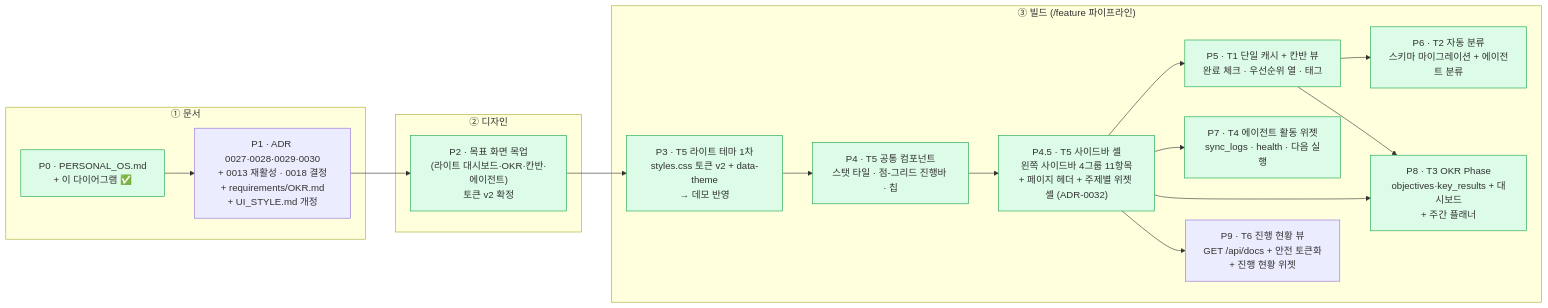
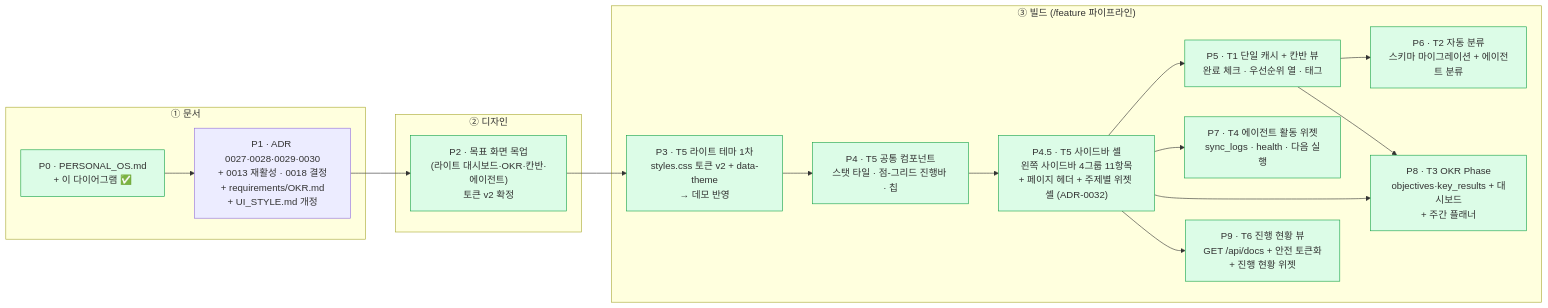
One commit to gamercross/my-setup-proj changed the diagram in docs/progress/PROGRESS.md. Above: the diagram before and after it, drawn with Mermaid. The commit also changed other lines of this file and 33 other files, not shown here.

````diff
--- a/docs/progress/PROGRESS.md
+++ b/docs/progress/PROGRESS.md
@@ -304,37 +304,38 @@
 ```mermaid
 flowchart LR
   subgraph DOC["① 문서"]
     P0["P0 · PERSONAL_OS.md<br/>+ 이 다이어그램 ✅"]
     P1["P1 · ADR 0027·0028·0029·0030<br/>+ 0013 재활성 · 0018 결정<br/>+ requirements/OKR.md<br/>+ UI_STYLE.md 개정"]
   end
   subgraph DES["② 디자인"]
     P2["P2 · 목표 화면 목업<br/>(라이트 대시보드·OKR·칸반·에이전트)<br/>토큰 v2 확정"]
   end
   subgraph BUILD["③ 빌드 (/feature 파이프라인)"]
     P3["P3 · T5 라이트 테마 1차<br/>styles.css 토큰 v2 + data-theme<br/>→ 데모 반영"]
     P4["P4 · T5 공통 컴포넌트<br/>스탯 타일 · 점-그리드 진행바 · 칩"]
     P45["P4.5 · T5 사이드바 셸<br/>왼쪽 사이드바 4그룹 11항목<br/>+ 페이지 헤더 + 주제별 위젯 셸 (ADR-0032)"]
     P5["P5 · T1 단일 캐시 + 칸반 뷰<br/>완료 체크 · 우선순위 열 · 태그"]
     P6["P6 · T2 자동 분류<br/>스키마 마이그레이션 + 에이전트 분류"]
     P7["P7 · T4 에이전트 활동 위젯<br/>sync_logs · health · 다음 실행"]
     P8["P8 · T3 OKR Phase<br/>objectives·key_results + 대시보드<br/>+ 주간 플래너"]
     P9["P9 · T6 진행 현황 뷰<br/>GET /api/docs + 안전 토큰화<br/>+ 진행 현황 위젯"]
   end
 
   P0 --> P1 --> P2 --> P3 --> P4 --> P45
   P45 --> P5 --> P6
   P45 --> P7
   P45 --> P8
   P45 --> P9
   P5 --> P8
 
   style P0 fill:#dcfce7,stroke:#16a34a
   style P2 fill:#dcfce7,stroke:#16a34a
   style P3 fill:#dcfce7,stroke:#16a34a
   style P4 fill:#dcfce7,stroke:#16a34a
   style P45 fill:#dcfce7,stroke:#16a34a
   style P5 fill:#dcfce7,stroke:#16a34a
   style P6 fill:#dcfce7,stroke:#16a34a
   style P7 fill:#dcfce7,stroke:#16a34a
   style P8 fill:#dcfce7,stroke:#16a34a
+  style P9 fill:#dcfce7,stroke:#16a34a
 ```
````
